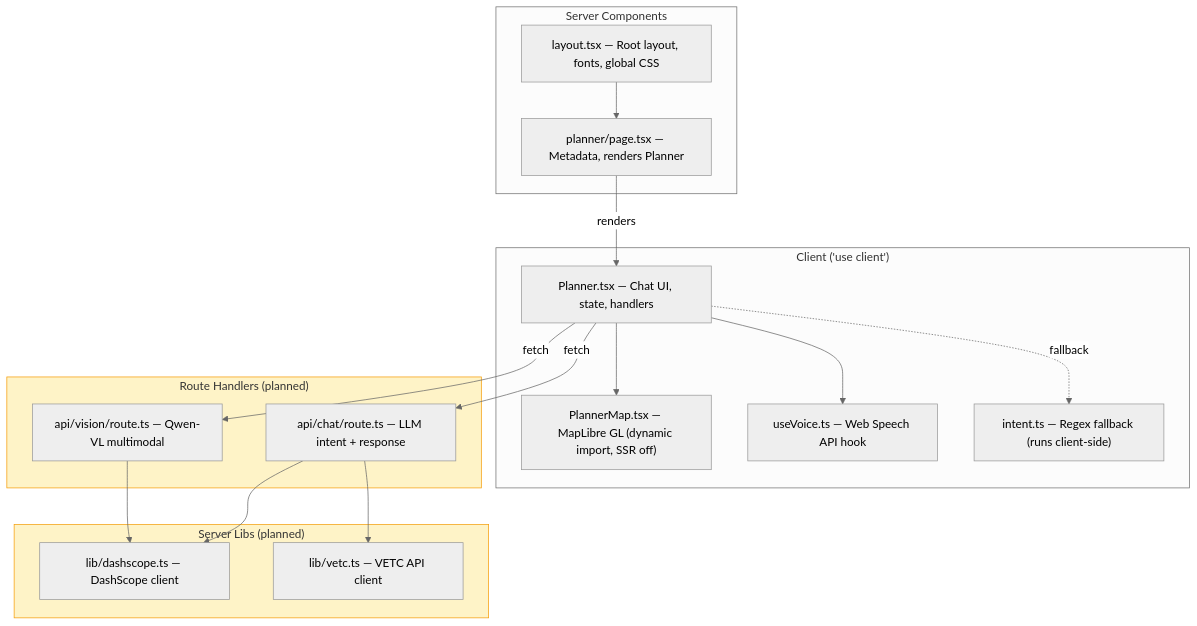
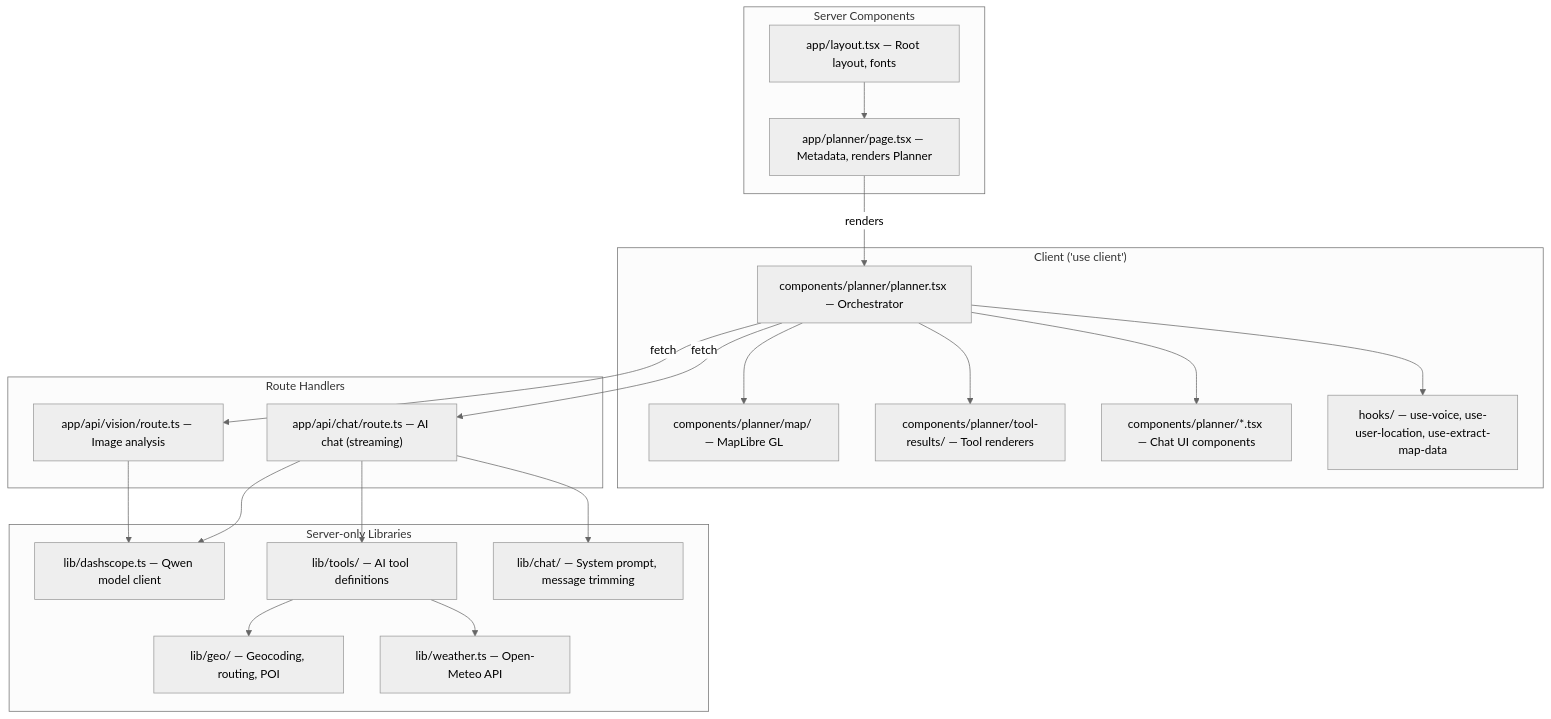
One commit to justanhnt/v-buddy changed the third of 3 diagrams in docs/architecture.md. Above: the diagram before and after it, drawn with Mermaid (neutral theme). The commit also changed other lines of this file and 3 other files, not shown here.

Commit message:
feat: integrate Qwen AI chat with tool calling and vision analysis, and update project architecture documentation

````diff
--- a/docs/architecture.md
+++ b/docs/architecture.md
@@ -216,38 +128,43 @@
 ```mermaid
 graph TD
     subgraph Client["Client ('use client')"]
-        C1["Planner.tsx — Chat UI, state, handlers"]
-        C2["PlannerMap.tsx — MapLibre GL (dynamic import, SSR off)"]
-        C3["useVoice.ts — Web Speech API hook"]
-        C4["intent.ts — Regex fallback (runs client-side)"]
+        C1["components/planner/planner.tsx — Orchestrator"]
+        C2["components/planner/map/ — MapLibre GL"]
+        C3["components/planner/tool-results/ — Tool renderers"]
+        C4["components/planner/*.tsx — Chat UI components"]
+        C5["hooks/ — use-voice, use-user-location, use-extract-map-data"]
     end
 
     subgraph RSC["Server Components"]
-        S1["layout.tsx — Root layout, fonts, global CSS"]
-        S2["planner/page.tsx — Metadata, renders Planner"]
+        S1["app/layout.tsx — Root layout, fonts"]
+        S2["app/planner/page.tsx — Metadata, renders Planner"]
     end
 
-    subgraph Routes["Route Handlers (planned)"]
-        R1["api/chat/route.ts — LLM intent + response"]
-        R2["api/vision/route.ts — Qwen-VL multimodal"]
+    subgraph Routes["Route Handlers"]
+        R1["app/api/chat/route.ts — AI chat (streaming)"]
+        R2["app/api/vision/route.ts — Image analysis"]
     end
 
-    subgraph Lib["Server Libs (planned)"]
-        L1["lib/dashscope.ts — DashScope client"]
-        L2["lib/vetc.ts — VETC API client"]
+    subgraph Lib["Server-only Libraries"]
+        L1["lib/dashscope.ts — Qwen model client"]
+        L2["lib/tools/ — AI tool definitions"]
+        L3["lib/geo/ — Geocoding, routing, POI"]
+        L4["lib/chat/ — System prompt, message trimming"]
+        L5["lib/weather.ts — Open-Meteo API"]
     end
 
     S1 --> S2
     S2 -->|renders| C1
     C1 --> C2
     C1 --> C3
-    C1 -.->|fallback| C4
+    C1 --> C4
+    C1 --> C5
     C1 -->|fetch| R1
     C1 -->|fetch| R2
     R1 --> L1
     R1 --> L2
+    R1 --> L4
+    L2 --> L3
+    L2 --> L5
     R2 --> L1
-
-    style Routes fill:#fef3c7,stroke:#f59e0b
-    style Lib fill:#fef3c7,stroke:#f59e0b
 ```
````
